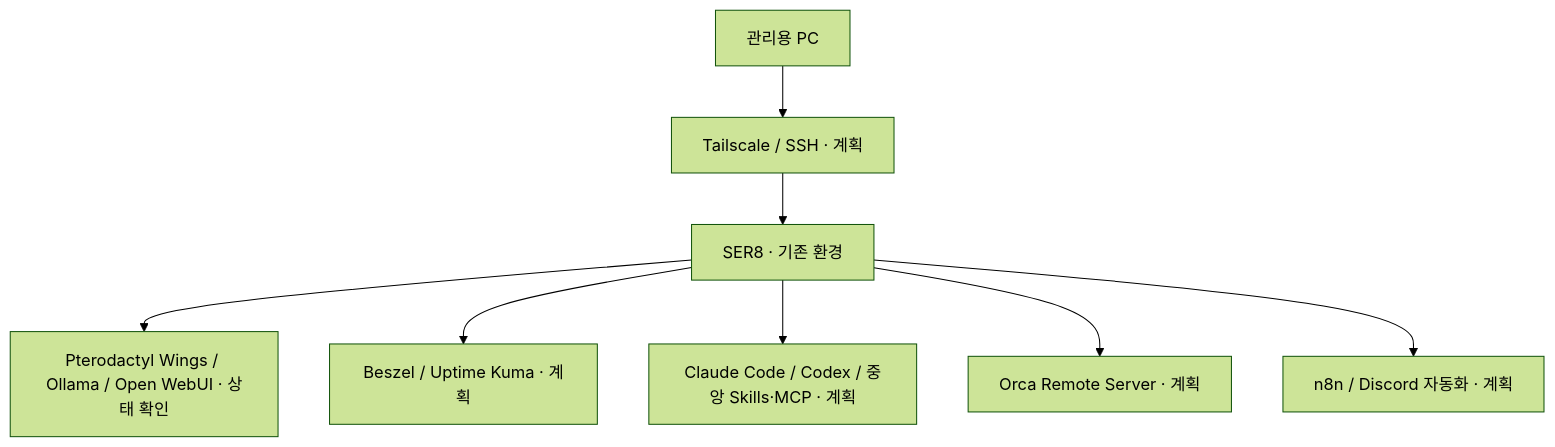
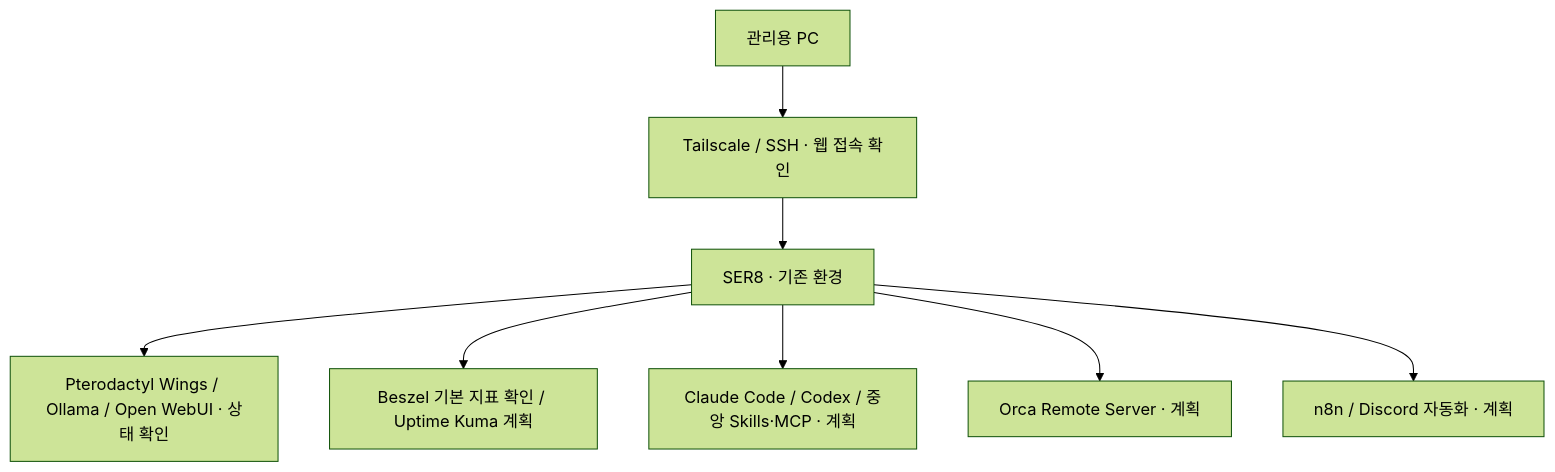
The diagram in README.md (kosmos-s/ser8-home-server-ai), drawn with Mermaid (forest theme) before and after one commit. The commit also changed other lines of this file and 5 other files, not shown here.

````diff
--- a/README.md
+++ b/README.md
@@ -43,10 +43,10 @@
 ```mermaid
 flowchart TD
-    A[관리용 PC] --> B[Tailscale / SSH · 계획]
+    A[관리용 PC] --> B[Tailscale / SSH · 웹 접속 확인]
     B --> C[SER8 · 기존 환경]
     C --> D[Pterodactyl Wings / Ollama / Open WebUI · 상태 확인]
-    C --> E[Beszel / Uptime Kuma · 계획]
+    C --> E[Beszel 기본 지표 확인 / Uptime Kuma 계획]
     C --> F[Claude Code / Codex / 중앙 Skills·MCP · 계획]
     C --> G[Orca Remote Server · 계획]
     C --> H[n8n / Discord 자동화 · 계획]
 ```
````
